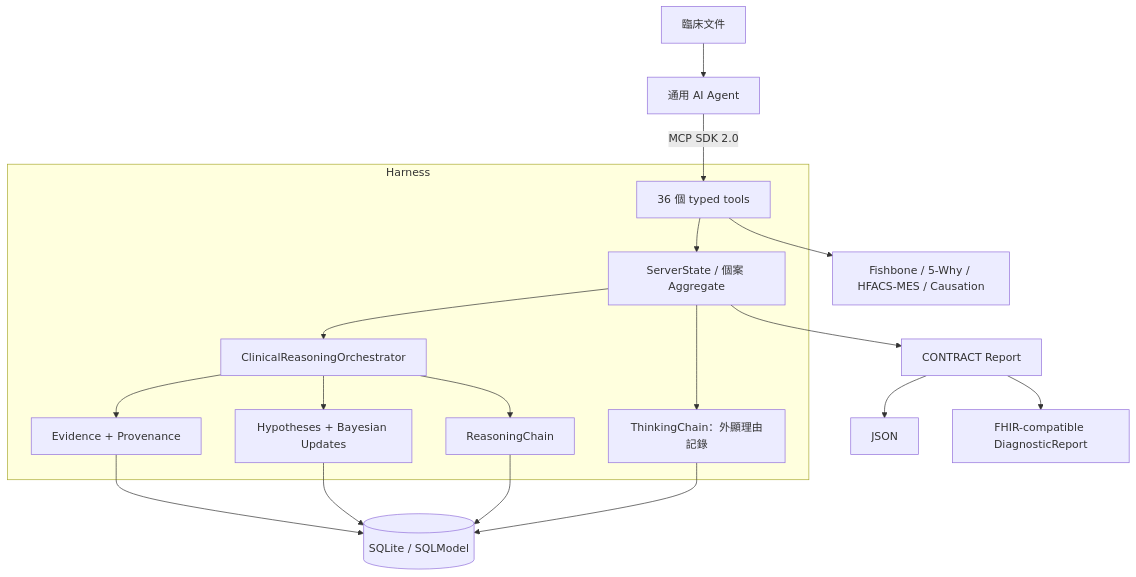
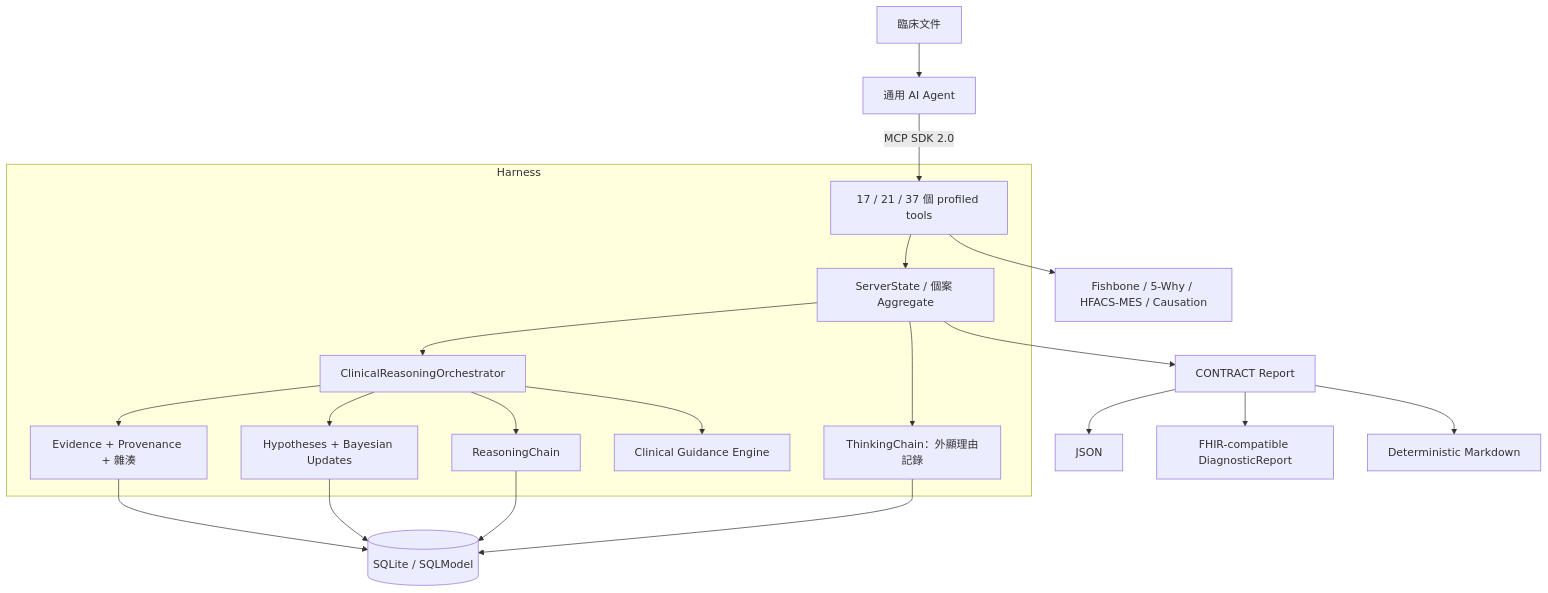
Before and after one commit to u9401066/rootcause-mcp: the diagram in README.zh-TW.md, drawn with Mermaid. The commit also changed other lines of this file and 13 other files, not shown here.

Commit message:
docs: update i18n READMEs, architecture diagrams, and memory bank

````diff
--- a/README.zh-TW.md
+++ b/README.zh-TW.md
@@ -34,25 +82,27 @@
 ```mermaid
 graph TB
-    A[通用 AI Agent] -->|MCP SDK 2.0| T[36 個 typed tools]
+    A[通用 AI Agent] -->|MCP SDK 2.0| T[17 / 21 / 37 個 profiled tools]
     D[臨床文件] --> A
 
     subgraph Harness
         T --> S[ServerState / 個案 Aggregate]
         S --> O[ClinicalReasoningOrchestrator]
-        O --> E[Evidence + Provenance]
+        O --> E[Evidence + Provenance + 雜湊]
         O --> H[Hypotheses + Bayesian Updates]
         O --> R[ReasoningChain]
+        O --> G[Clinical Guidance Engine]
         S --> C[ThinkingChain：外顯理由記錄]
     end
 
     E --> DB[(SQLite / SQLModel)]
     H --> DB
     R --> DB
     C --> DB
 
     S --> CR[CONTRACT Report]
     CR --> J[JSON]
     CR --> F[FHIR-compatible DiagnosticReport]
+    CR --> M[Deterministic Markdown]
 
     T --> RCA[Fishbone / 5-Why / HFACS-MES / Causation]
 ```
````
